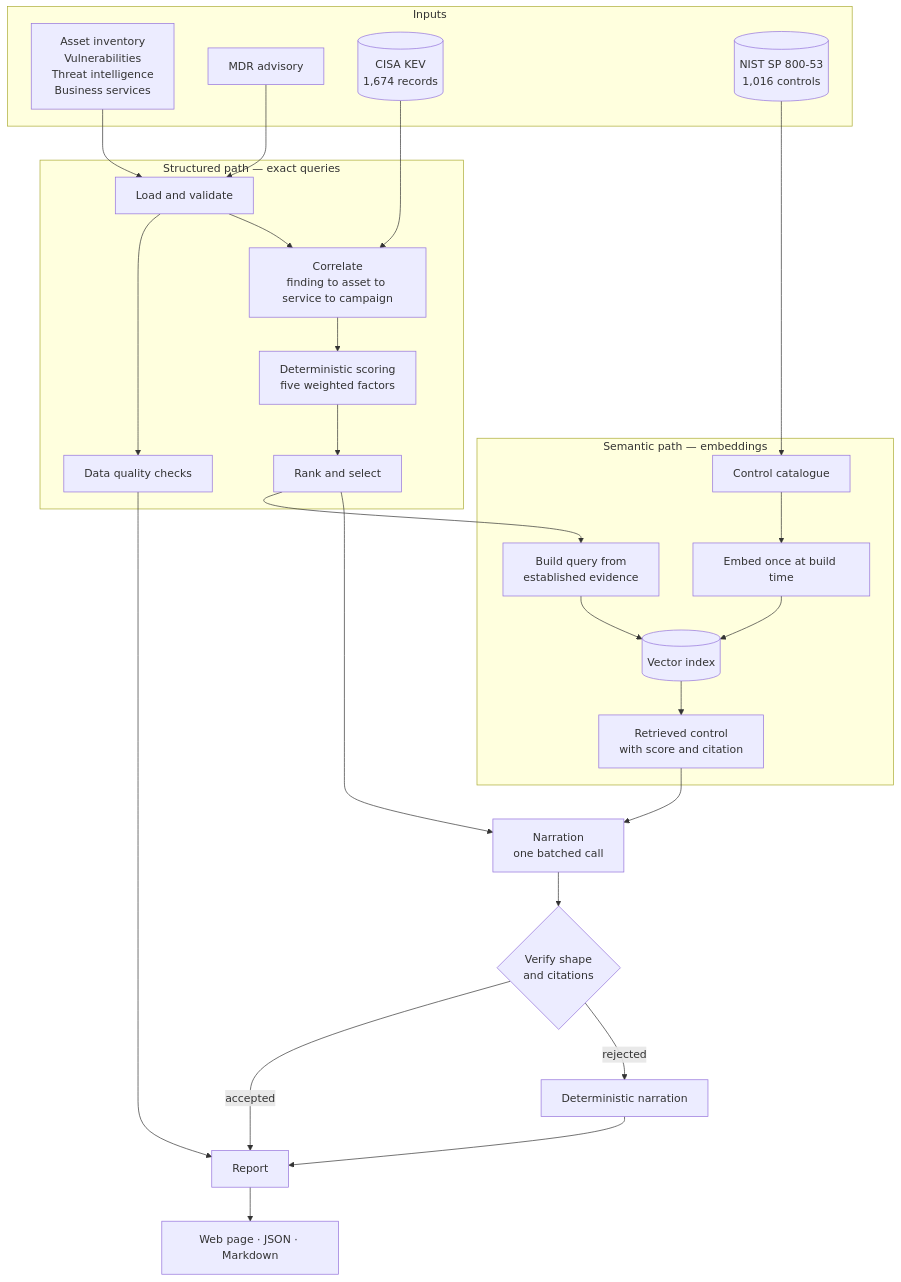
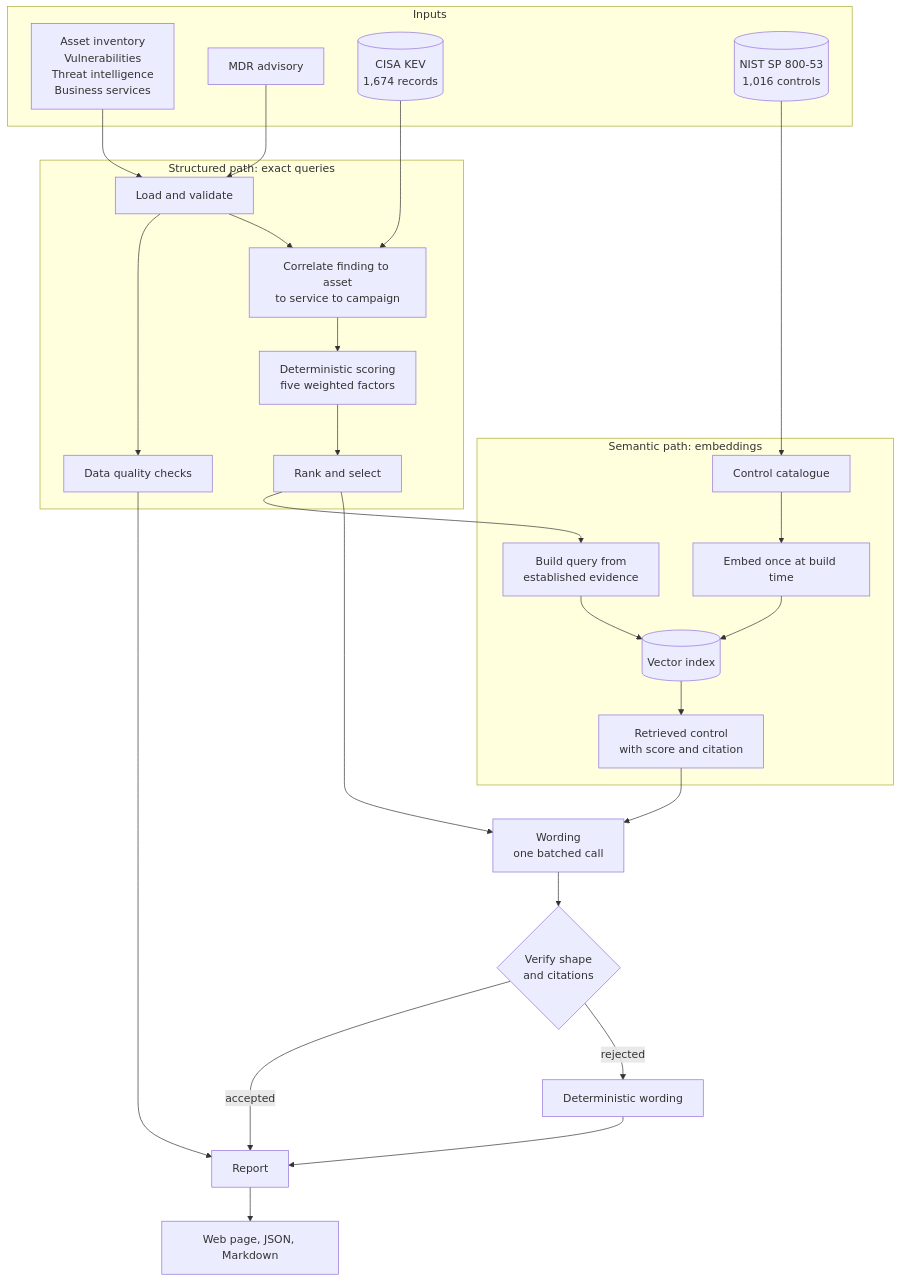
Before and after one commit to Shashank231205/cyber-risk-assistant: the diagram in README.md, drawn with Mermaid. The commit also changed other lines of this file and 22 other files, not shown here.

````diff
--- a/README.md
+++ b/README.md
@@ -124,38 +143,38 @@
 ```mermaid
 flowchart TB
     subgraph inputs [Inputs]
         CSV[Asset inventory<br/>Vulnerabilities<br/>Threat intelligence<br/>Business services]
         MD[MDR advisory]
         KEV[(CISA KEV<br/>1,674 records)]
         NIST[(NIST SP 800-53<br/>1,016 controls)]
     end
 
-    subgraph structured [Structured path — exact queries]
+    subgraph structured [Structured path: exact queries]
         LOAD[Load and validate] --> QUALITY[Data quality checks]
-        LOAD --> CORR[Correlate<br/>finding to asset to service to campaign]
+        LOAD --> CORR[Correlate finding to asset<br/>to service to campaign]
         CORR --> SCORE[Deterministic scoring<br/>five weighted factors]
         SCORE --> SELECT[Rank and select]
     end
 
-    subgraph semantic [Semantic path — embeddings]
+    subgraph semantic [Semantic path: embeddings]
         CHUNK[Control catalogue] --> EMBED[Embed once at build time]
         EMBED --> INDEX[(Vector index)]
         SELECT --> QUERY[Build query from<br/>established evidence]
         QUERY --> INDEX
         INDEX --> CONTROL[Retrieved control<br/>with score and citation]
     end
 
     CSV --> LOAD
     MD --> LOAD
     KEV --> CORR
     NIST --> CHUNK
 
-    SELECT --> NARRATE[Narration<br/>one batched call]
-    CONTROL --> NARRATE
-    NARRATE --> VERIFY{Verify shape<br/>and citations}
+    SELECT --> WRITE[Wording<br/>one batched call]
+    CONTROL --> WRITE
+    WRITE --> VERIFY{Verify shape<br/>and citations}
     VERIFY -->|accepted| REPORT[Report]
-    VERIFY -->|rejected| TEMPLATE[Deterministic narration] --> REPORT
+    VERIFY -->|rejected| TEMPLATE[Deterministic wording] --> REPORT
     QUALITY --> REPORT
 
-    REPORT --> OUT[Web page · JSON · Markdown]
+    REPORT --> OUT[Web page, JSON, Markdown]
 ```
````
